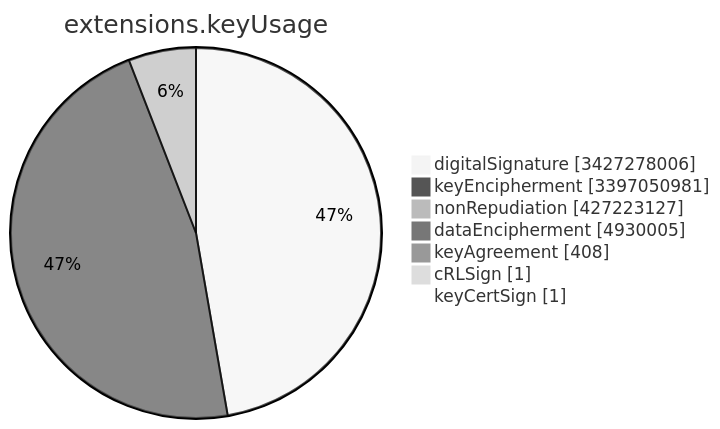
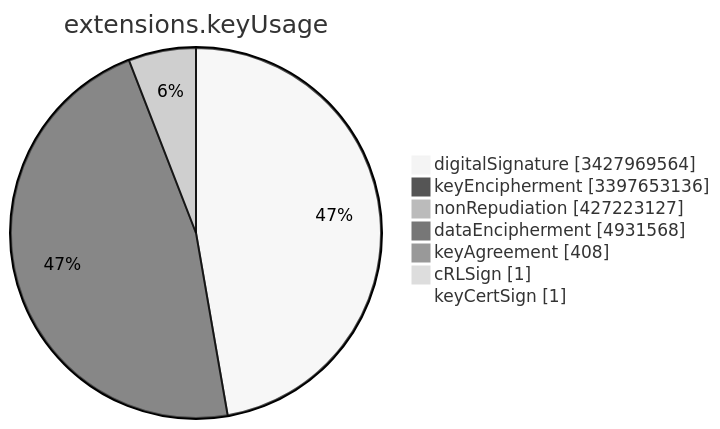
One commit to christiankrug/ctmonitor_visualization changed the sixth of 15 diagrams in TOTAL/README.md. Above: the diagram before and after it, drawn with Mermaid (neutral theme). The commit also changed other lines of this file, not shown here.

````diff
--- a/TOTAL/README.md
+++ b/TOTAL/README.md
@@ -3081,11 +3081,11 @@
 ```mermaid
 pie showData
 title extensions.keyUsage
-"digitalSignature" :3427278006
-"keyEncipherment" :3397050981
+"digitalSignature" :3427969564
+"keyEncipherment" :3397653136
 "nonRepudiation" :427223127
-"dataEncipherment" :4930005
+"dataEncipherment" :4931568
 "keyAgreement" :408
 "cRLSign" :1
 "keyCertSign" :1
 ```
````
